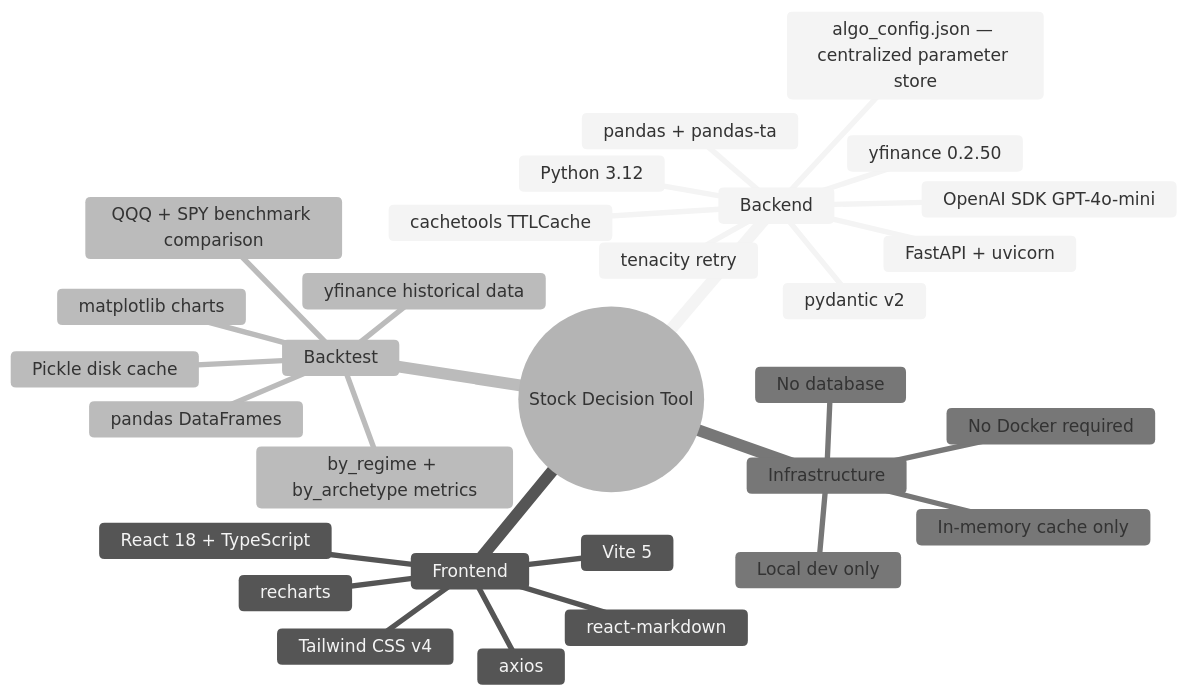
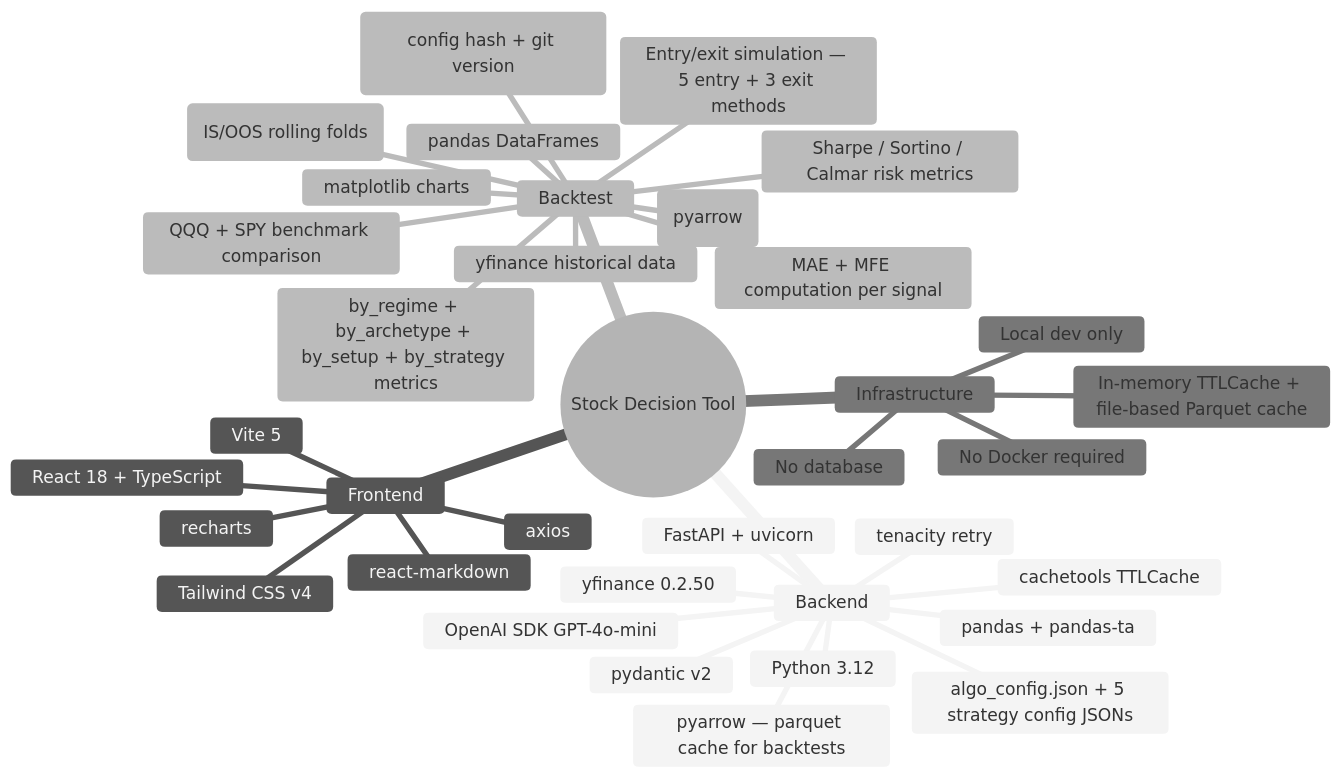
One commit to krutikpatel/stockBuyDecisioner1 changed diagram 15 of 18 in HLD.md. Above: the diagram before and after it, drawn with Mermaid (neutral theme). The commit also changed other lines of this file and 114 other files, not shown here.

````diff
--- a/HLD.md
+++ b/HLD.md
@@ -750,33 +792,39 @@
 ```mermaid
 mindmap
   root((Stock Decision Tool))
     Backend
       Python 3.12
       FastAPI + uvicorn
       yfinance 0.2.50
       pandas + pandas-ta
       OpenAI SDK GPT-4o-mini
       cachetools TTLCache
       tenacity retry
       pydantic v2
-      algo_config.json — centralized parameter store
+      pyarrow — parquet cache for backtests
+      algo_config.json + 5 strategy config JSONs
     Frontend
       React 18 + TypeScript
       Vite 5
       Tailwind CSS v4
       recharts
       react-markdown
       axios
     Backtest
       yfinance historical data
       QQQ + SPY benchmark comparison
-      by_regime + by_archetype metrics
+      by_regime + by_archetype + by_setup + by_strategy metrics
+      Sharpe / Sortino / Calmar risk metrics
+      Walk-forward validation (IS/OOS rolling folds)
+      Entry/exit simulation — 5 entry + 3 exit methods
+      Experiment tracking (config hash + git version)
+      MAE + MFE computation per signal
       matplotlib charts
       pandas DataFrames
-      Pickle disk cache
+      Pickle disk cache + Parquet cache (pyarrow)
     Infrastructure
       No database
-      In-memory cache only
+      In-memory TTLCache + file-based Parquet cache
       No Docker required
       Local dev only
 ```
````
